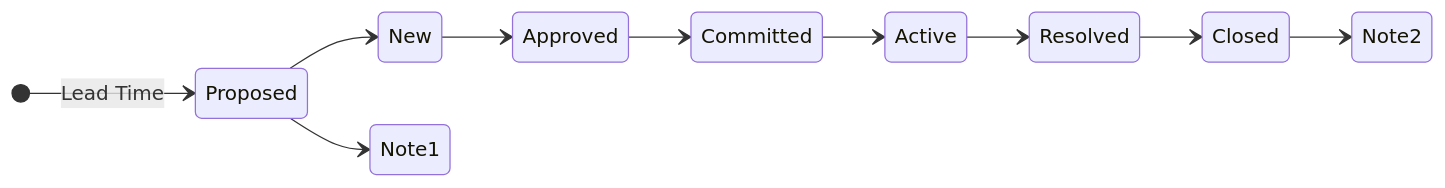
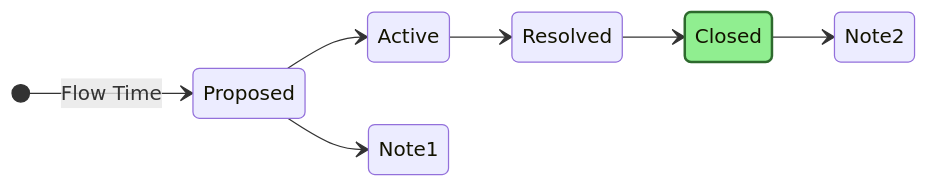
One commit to solidify/scale changed the diagram in docs/Reference/Flowtime.md. Above: the diagram before and after it, drawn with Mermaid.

````diff
--- a/docs/Reference/Flowtime.md
+++ b/docs/Reference/Flowtime.md
@@ -42,17 +42,15 @@
 ```mermaid
 stateDiagram
     direction LR
-    [*] --> Proposed : Lead Time
-    Proposed --> New
-    New --> Approved
-    Approved --> Committed
-    Committed --> Active
+    [*] --> Proposed : Flow Time
+    Proposed --> Active
     Active --> Resolved
     Resolved --> Closed
 
     note "State Categories" as Note1
     note "Completed" as Note2
     
     Proposed --> Note1
     Closed --> Note2
+    style Closed fill:#90ee90,stroke:#2d6a2d,stroke-width:2px
 ```
````
